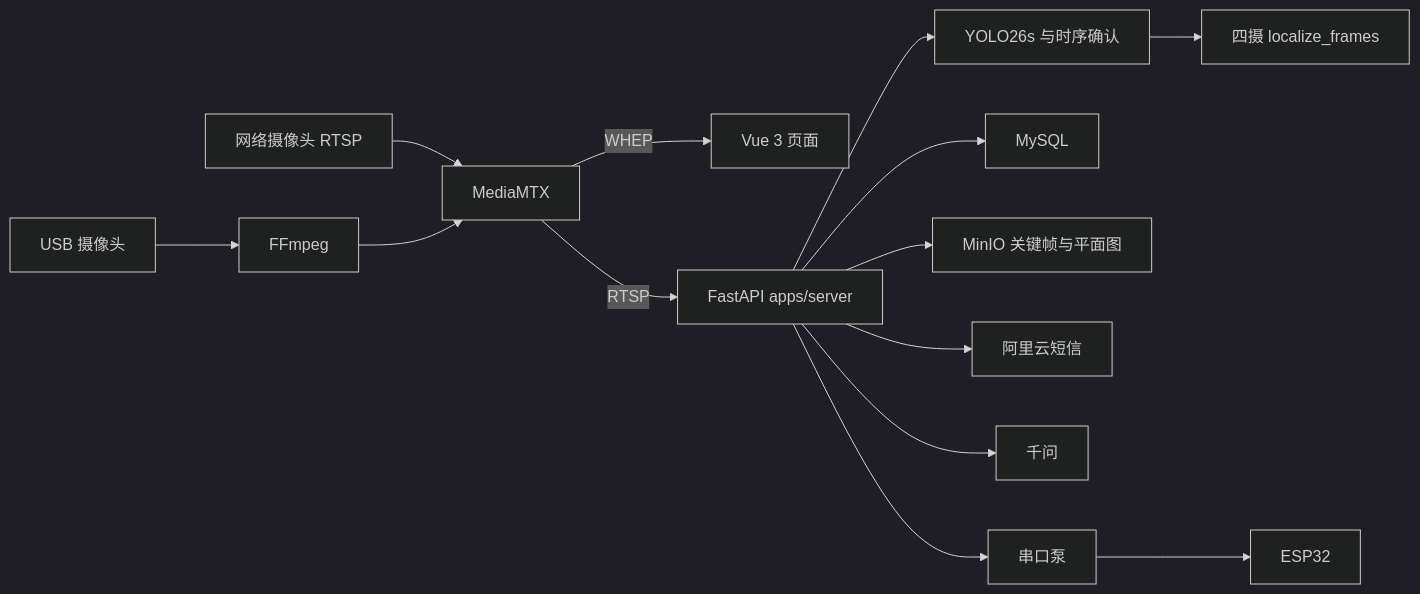
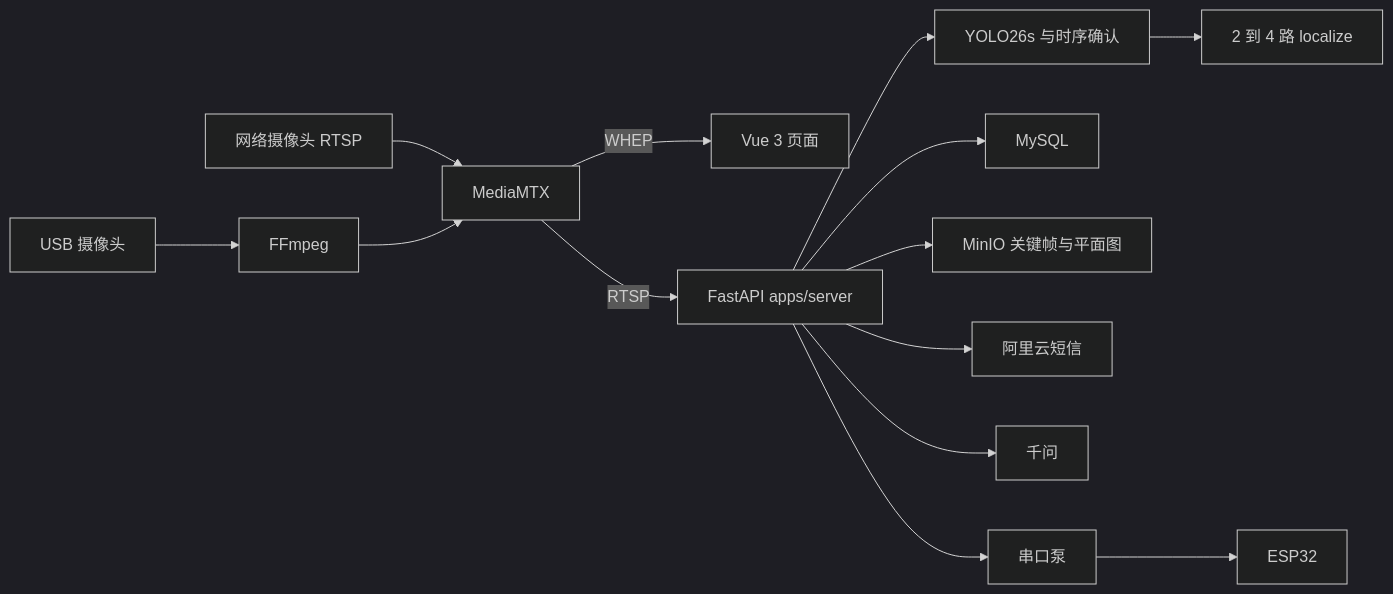
One commit to xsywl945/FireMonitoring changed the diagram in docs/architecture/overview.md. Above: the diagram before and after it, drawn with Mermaid (dark theme). The commit also changed other lines of this file and 73 other files, not shown here.

````diff
--- a/docs/architecture/overview.md
+++ b/docs/architecture/overview.md
@@ -5,16 +5,16 @@
 ```mermaid
 flowchart LR
     USB[USB 摄像头] --> FF[FFmpeg]
     RTSP[网络摄像头 RTSP] --> MTX[MediaMTX]
     FF --> MTX
     MTX -->|WHEP| WEB[Vue 3 页面]
     MTX -->|RTSP| API[FastAPI apps/server]
     API --> YOLO[YOLO26s 与时序确认]
-    YOLO --> LOC[四摄 localize_frames]
+    YOLO --> LOC[2 到 4 路 localize]
     API --> DB[MySQL]
     API --> OBJ[MinIO 关键帧与平面图]
     API --> SMS[阿里云短信]
     API --> VLM[千问]
     API --> PUMP[串口泵]
     PUMP --> ESP[ESP32]
 ```
````
